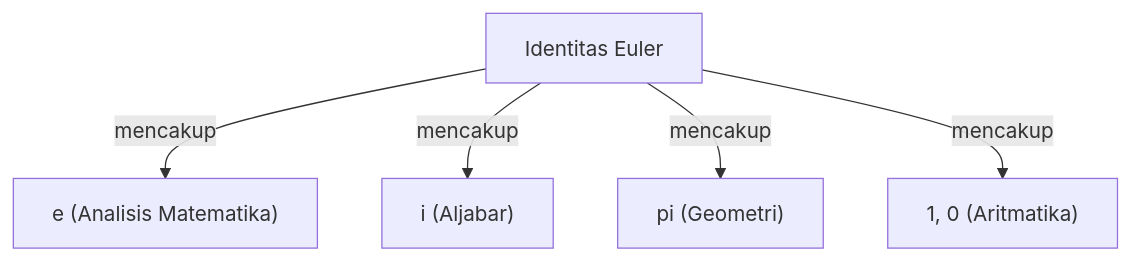
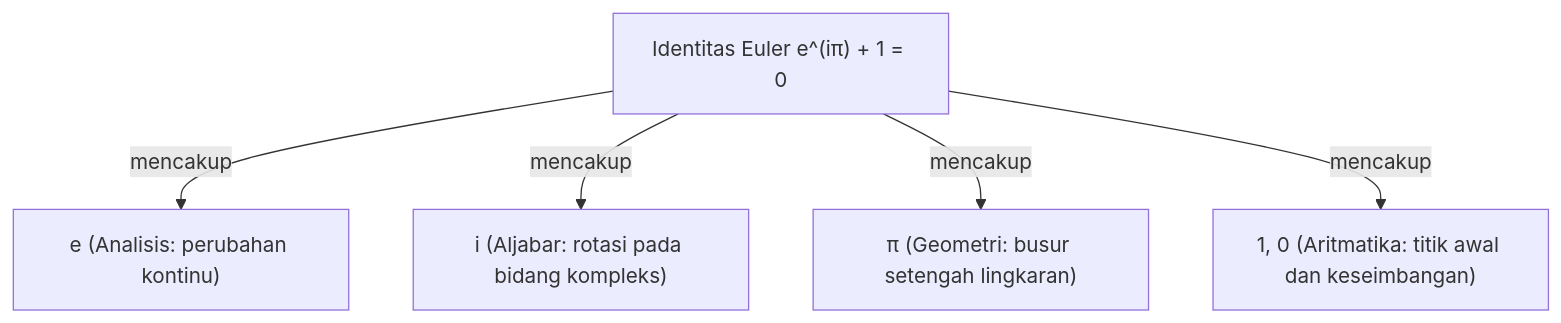
One commit to kenjinote/blog changed the diagram in content/post/eulers-identity/index.id.md. Above: the diagram before and after it, drawn with Mermaid. The commit also changed other lines of this file and 7 other files, not shown here.

````diff
--- a/content/post/eulers-identity/index.id.md
+++ b/content/post/eulers-identity/index.id.md
@@ -31,7 +142,7 @@
 ```mermaid
 graph TD
-    A["Identitas Euler"] -->|"mencakup"| B["e (Analisis Matematika)"]
-    A -->|"mencakup"| C["i (Aljabar)"]
-    A -->|"mencakup"| D["pi (Geometri)"]
-    A -->|"mencakup"| E["1, 0 (Aritmatika)"]
+    A["Identitas Euler e^(iπ) + 1 = 0"] -->|"mencakup"| B["e (Analisis: perubahan kontinu)"]
+    A -->|"mencakup"| C["i (Aljabar: rotasi pada bidang kompleks)"]
+    A -->|"mencakup"| D["π (Geometri: busur setengah lingkaran)"]
+    A -->|"mencakup"| E["1, 0 (Aritmatika: titik awal dan keseimbangan)"]
 ```
````
